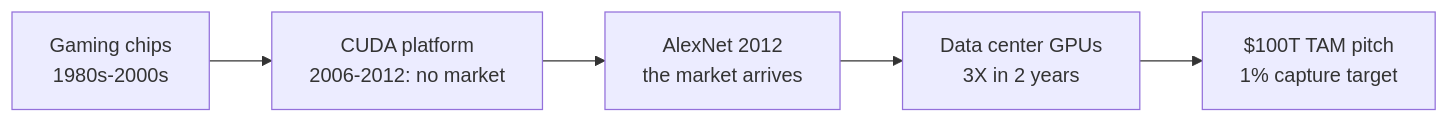
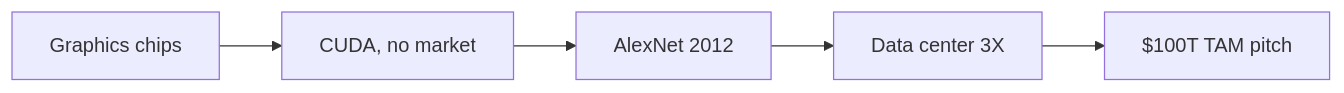
The diagram in content/tracks/acquired/ep08.md (jrajath94/ai-podcast-curriculum), drawn with Mermaid before and after one commit. The commit also changed other lines of this file, not shown here.

````diff
--- a/content/tracks/acquired/ep08.md
+++ b/content/tracks/acquired/ep08.md
@@ -111,7 +142,7 @@
 ```mermaid
 graph LR
-    A[Gaming chips<br/>1980s-2000s] --> B[CUDA platform<br/>2006-2012: no market]
-    B --> C[AlexNet 2012<br/>the market arrives]
-    C --> D[Data center GPUs<br/>3X in 2 years]
-    D --> E[$100T TAM pitch<br/>1% capture target]
+    A[Graphics chips] --> B[CUDA, no market]
+    B --> C[AlexNet 2012]
+    C --> D[Data center 3X]
+    D --> E[$100T TAM pitch]
 ```
````
